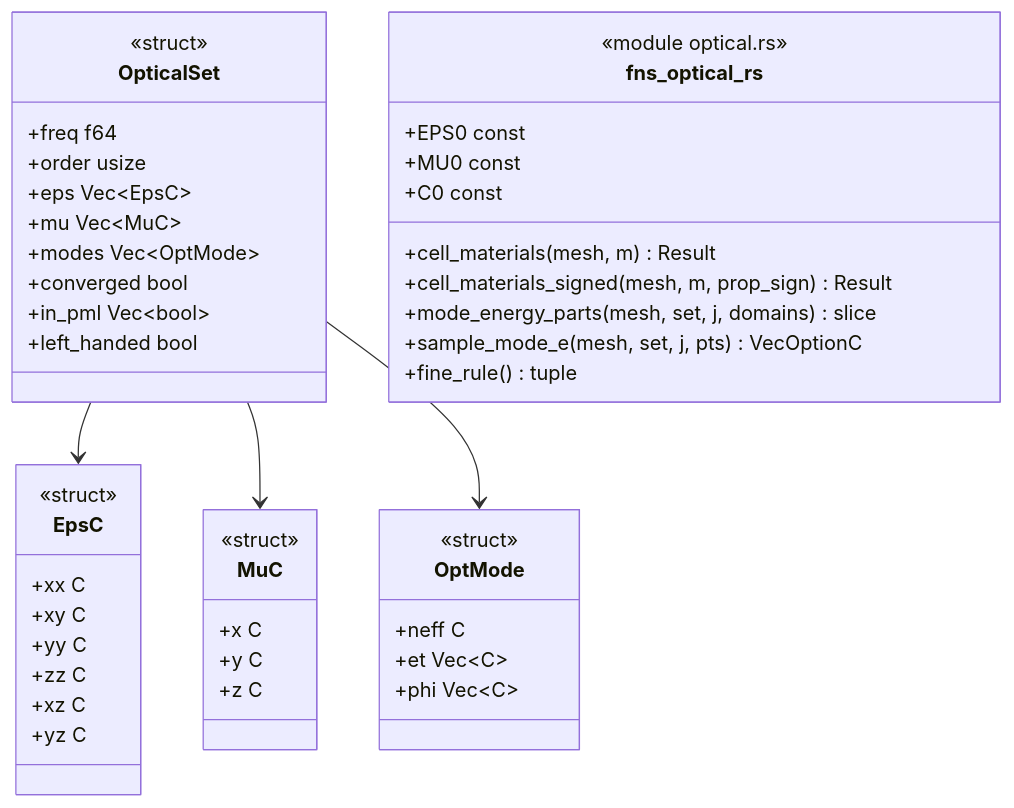
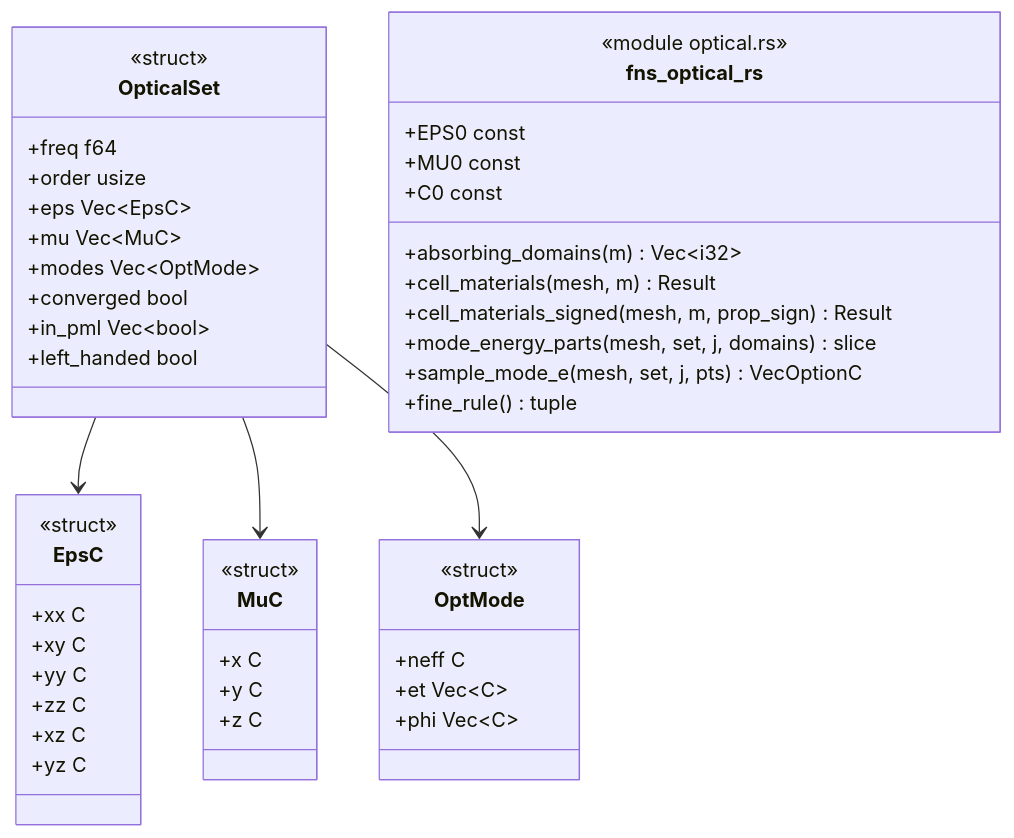
The diagram in docs/architecture/c4/4-code/femcore/optical.md (p-j-r/nyx), drawn with Mermaid before and after one commit. The commit also changed other lines of this file and 150 other files, not shown here.

````diff
--- a/docs/architecture/c4/4-code/femcore/optical.md
+++ b/docs/architecture/c4/4-code/femcore/optical.md
@@ -39,49 +39,50 @@
 ```mermaid
 classDiagram
   class EpsC {
       <<struct>>
       +xx C
       +xy C
       +yy C
       +zz C
       +xz C
       +yz C
   }
   class MuC {
       <<struct>>
       +x C
       +y C
       +z C
   }
   class OptMode {
       <<struct>>
       +neff C
       +et Vec~C~
       +phi Vec~C~
   }
   class OpticalSet {
       <<struct>>
       +freq f64
       +order usize
       +eps Vec~EpsC~
       +mu Vec~MuC~
       +modes Vec~OptMode~
       +converged bool
       +in_pml Vec~bool~
       +left_handed bool
   }
   class fns_optical_rs {
       <<module optical.rs>>
+      +absorbing_domains(m) Vec~i32~
       +cell_materials(mesh, m) Result
       +cell_materials_signed(mesh, m, prop_sign) Result
       +mode_energy_parts(mesh, set, j, domains) slice
       +sample_mode_e(mesh, set, j, pts) VecOptionC
       +fine_rule() tuple
       +EPS0 const
       +MU0 const
       +C0 const
   }
   OpticalSet --> EpsC
   OpticalSet --> MuC
   OpticalSet --> OptMode
 ```
````
